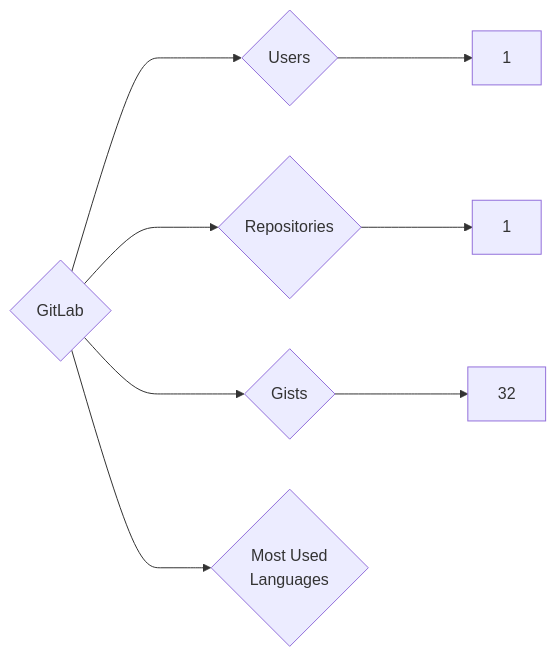
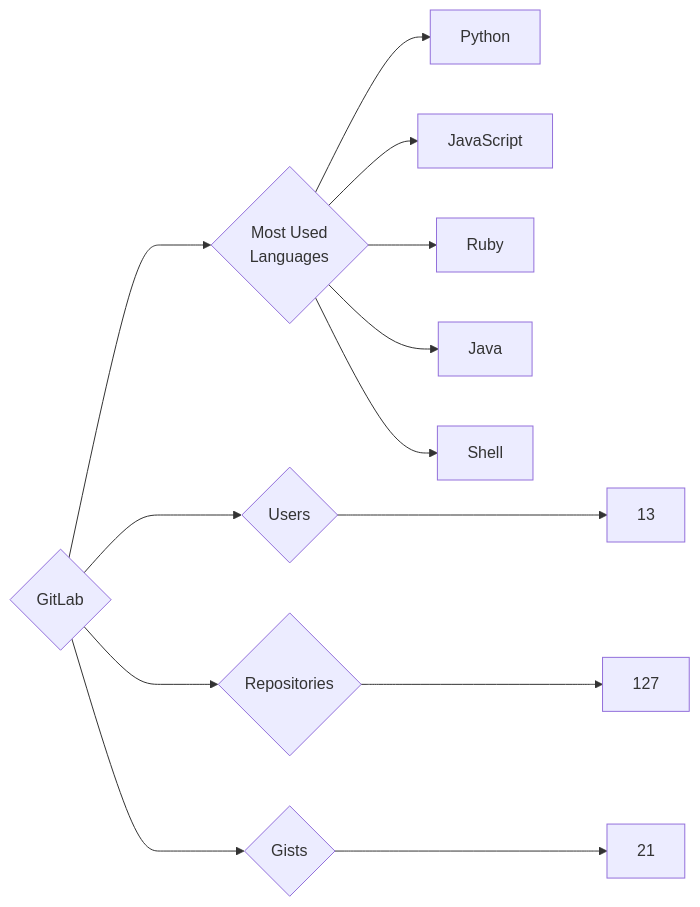
Before and after one commit to trickest/insiders: the diagram in targets/GitLab/README.md, drawn with Mermaid. The commit also changed 714 other files, not shown here.

````diff
--- a/targets/GitLab/README.md
+++ b/targets/GitLab/README.md
@@ -3,8 +3,13 @@
 ```mermaid
 graph LR
 COMPANY_NAME{GitLab}
-COMPANY_NAME ---> U{Users} ---> UN[1]
-COMPANY_NAME ---> R{Repositories} ---> RN[1]
-COMPANY_NAME ---> G{Gists} ---> GN[32]
+COMPANY_NAME ---> U{Users} ---> UN[13]
+COMPANY_NAME ---> R{Repositories} ---> RN[127]
+COMPANY_NAME ---> G{Gists} ---> GN[21]
 COMPANY_NAME ---> ML{Most Used<br>Languages}
+ML --> Python[Python]
+ML --> JavaScript[JavaScript]
+ML --> Ruby[Ruby]
+ML --> Java[Java]
+ML --> Shell[Shell]
 ```
````
